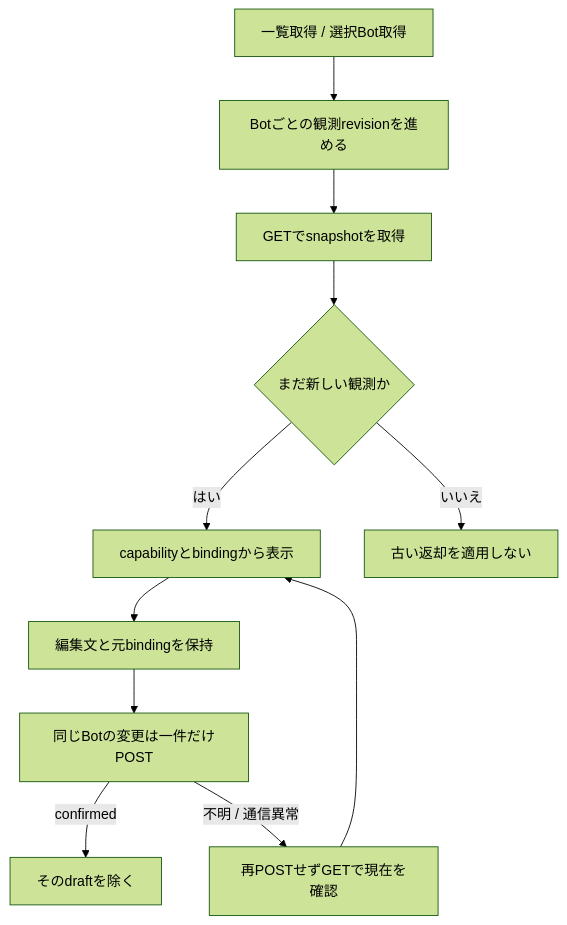
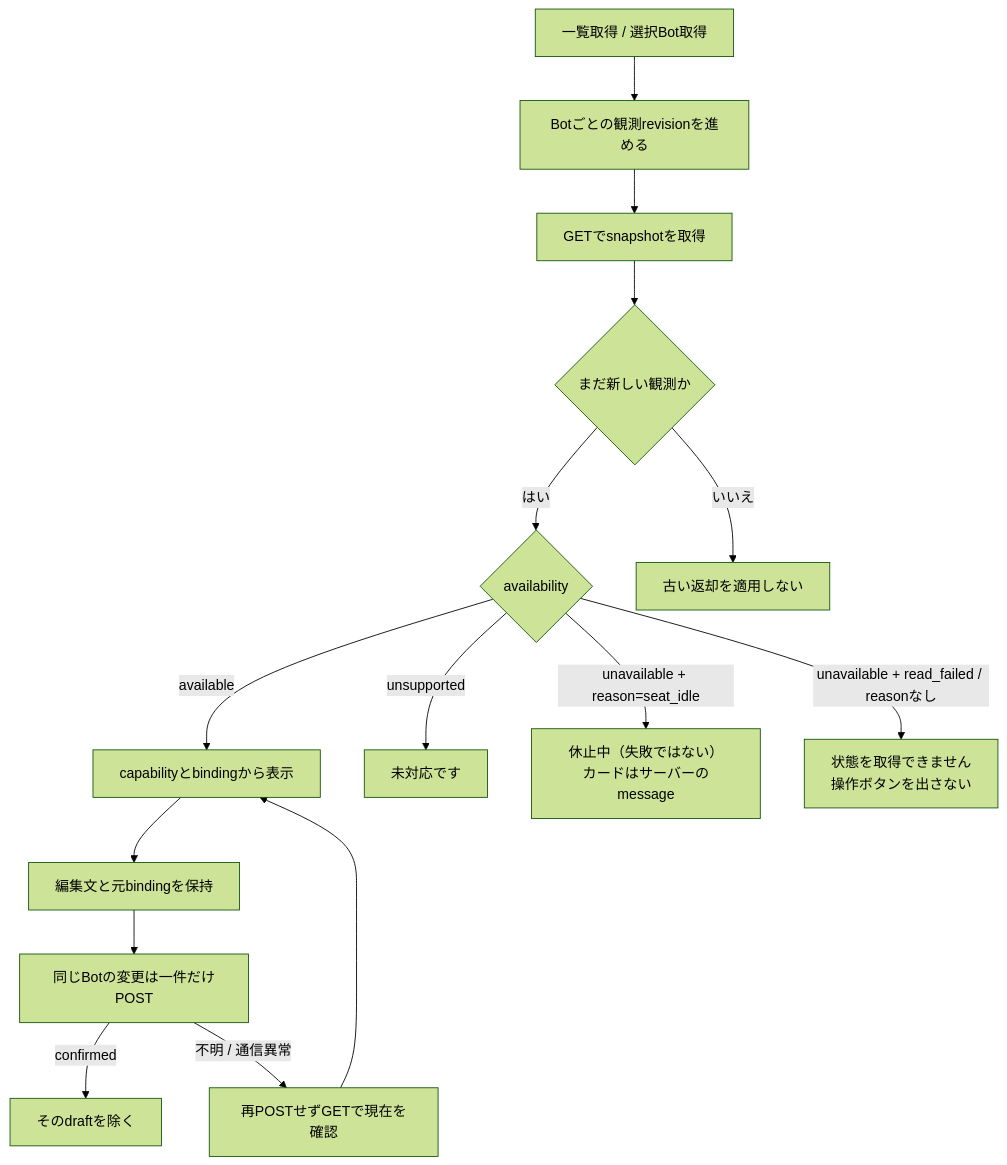
Before and after one commit to kitepon/BellTeam: the seventh of 7 diagrams in docs/architecture/modules/web/management.md, drawn with Mermaid (forest theme). The commit also changed other lines of this file and 2 other files, not shown here.

Commit message:
Web goals: an idle seat (reason=seat_idle) reads 休止中, not a read failure
GET /api/goals and /api/bots/:id/goal snapshots gain an optional reason (PR #1106).
The chat goal label shows ゴール · 休止中 for unavailable+seat_idle; read_failed or a
missing reason (older servers, Web-made placeholders) keeps 状態を取得できません.

````diff
--- a/docs/architecture/modules/web/management.md
+++ b/docs/architecture/modules/web/management.md
@@ -163,13 +163,17 @@
 ```mermaid
 flowchart TD
   Get["一覧取得 / 選択Bot取得"] --> Revision["Botごとの観測revisionを進める"]
   Revision --> Read["GETでsnapshotを取得"]
   Read --> Current{"まだ新しい観測か"}
-  Current -->|"はい"| Render["capabilityとbindingから表示"]
+  Current -->|"はい"| Avail{"availability"}
+  Avail -->|"available"| Render["capabilityとbindingから表示"]
+  Avail -->|"unsupported"| Unsupported["未対応です"]
+  Avail -->|"unavailable + reason=seat_idle"| Idle["休止中（失敗ではない）<br/>カードはサーバーのmessage"]
+  Avail -->|"unavailable + read_failed / reasonなし"| Failed["状態を取得できません<br/>操作ボタンを出さない"]
   Current -->|"いいえ"| Ignore["古い返却を適用しない"]
   Render --> Draft["編集文と元bindingを保持"]
   Draft --> Post["同じBotの変更は一件だけPOST"]
   Post -->|"confirmed"| Clear["そのdraftを除く"]
   Post -->|"不明 / 通信異常"| Observe["再POSTせずGETで現在を確認"]
   Observe --> Render
 ```
````
